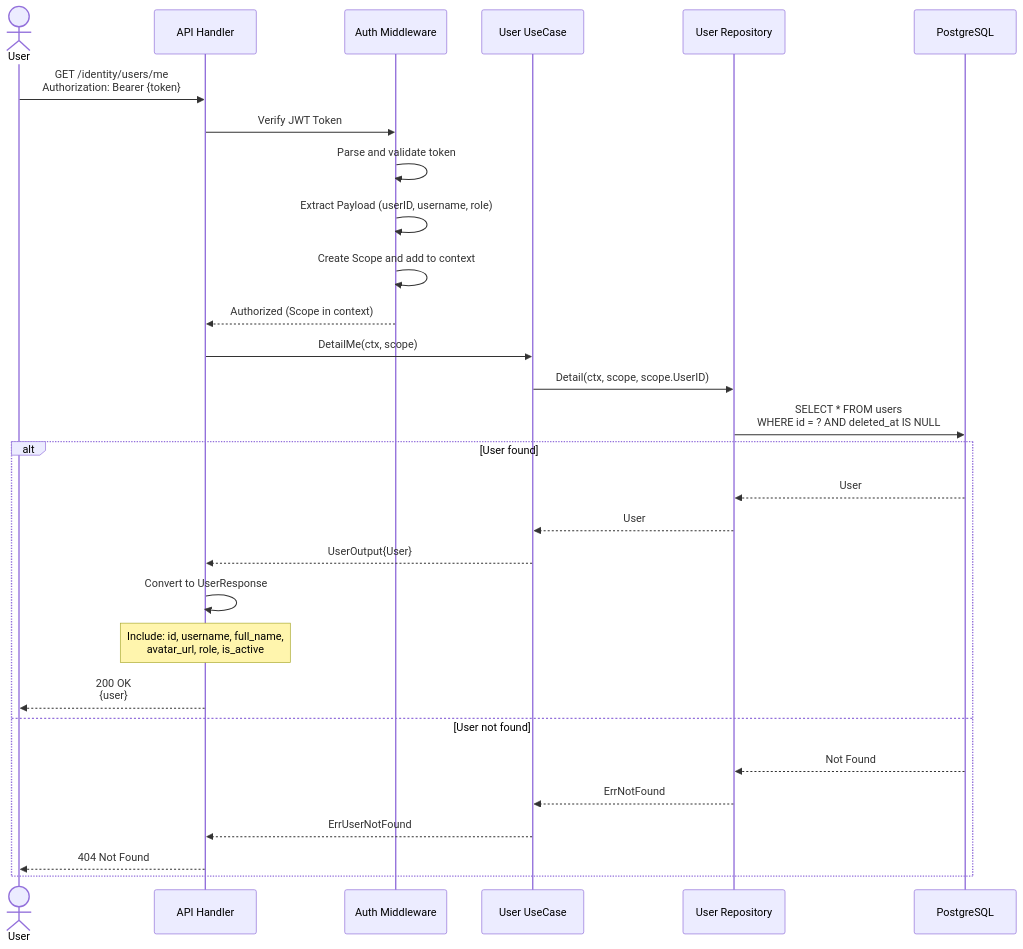
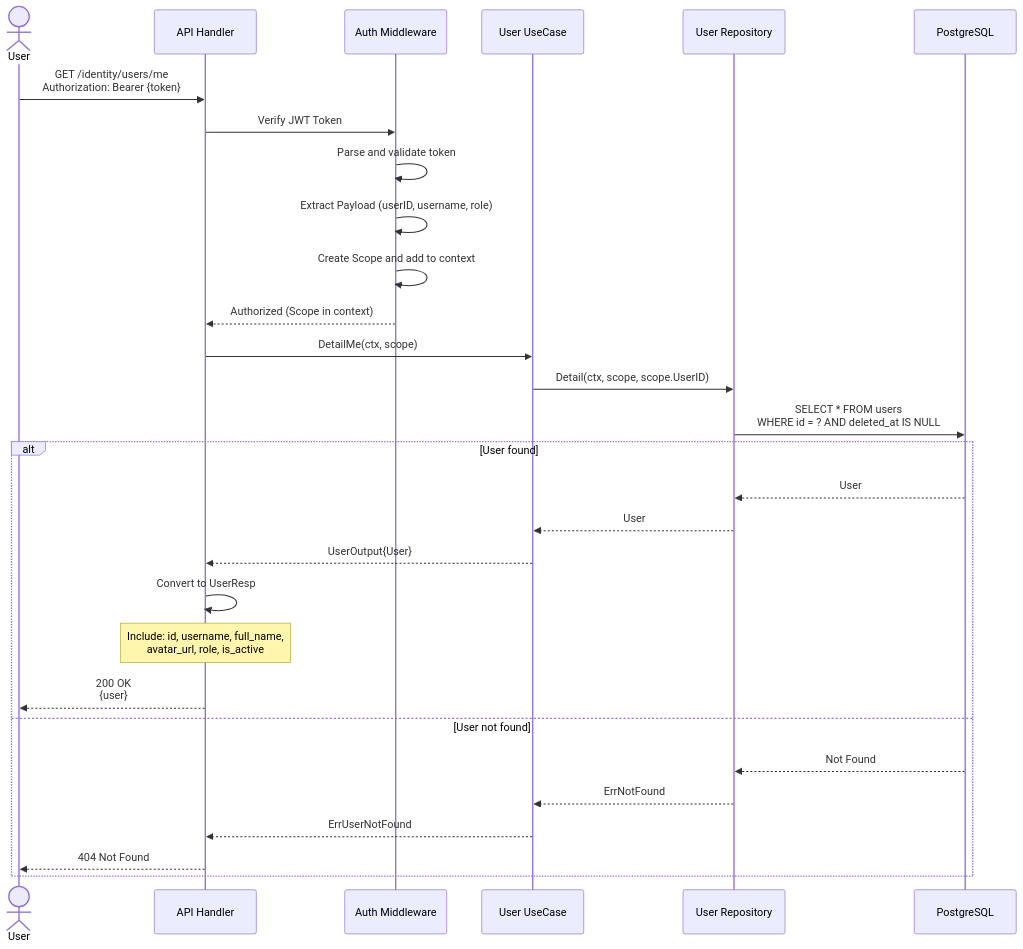
One commit to smap-hcmut/identity-srv changed diagram 13 of 18 in identity/document/api.md. Above: the diagram before and after it, drawn with Mermaid. The commit also changed other lines of this file and 2 other files, not shown here.

Commit message:
refactor: Standardize API request and response type naming to *Req and *Resp.

````diff
--- a/identity/document/api.md
+++ b/identity/document/api.md
@@ -701,39 +701,39 @@
 ```mermaid
 sequenceDiagram
     actor User
     participant API as API Handler
     participant AuthMW as Auth Middleware
     participant UserUC as User UseCase
     participant UserRepo as User Repository
     participant DB as PostgreSQL
 
     User->>API: GET /identity/users/me<br/>Authorization: Bearer {token}
     
     API->>AuthMW: Verify JWT Token
     AuthMW->>AuthMW: Parse and validate token
     AuthMW->>AuthMW: Extract Payload (userID, username, role)
     AuthMW->>AuthMW: Create Scope and add to context
     AuthMW-->>API: Authorized (Scope in context)
     
     API->>UserUC: DetailMe(ctx, scope)
     
     UserUC->>UserRepo: Detail(ctx, scope, scope.UserID)
     UserRepo->>DB: SELECT * FROM users<br/>WHERE id = ? AND deleted_at IS NULL
     
     alt User found
         DB-->>UserRepo: User
         UserRepo-->>UserUC: User
         
         UserUC-->>API: UserOutput{User}
         
-        API->>API: Convert to UserResponse
+        API->>API: Convert to UserResp
         Note over API: Include: id, username, full_name,<br/>avatar_url, role, is_active
         
         API-->>User: 200 OK<br/>{user}
     else User not found
         DB-->>UserRepo: Not Found
         UserRepo-->>UserUC: ErrNotFound
         UserUC-->>API: ErrUserNotFound
         API-->>User: 404 Not Found
     end
 ```
````
